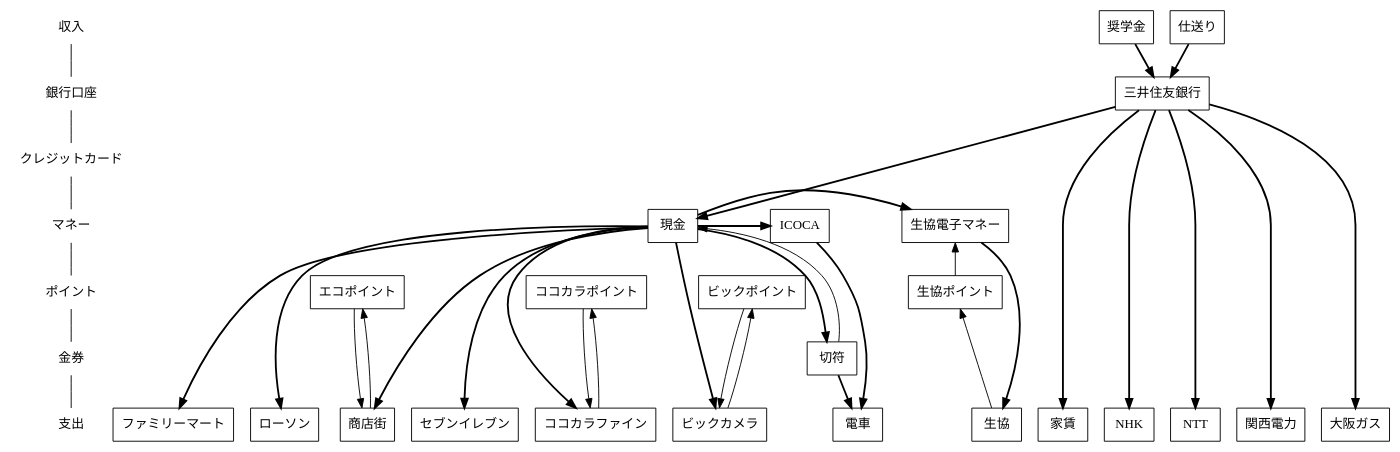
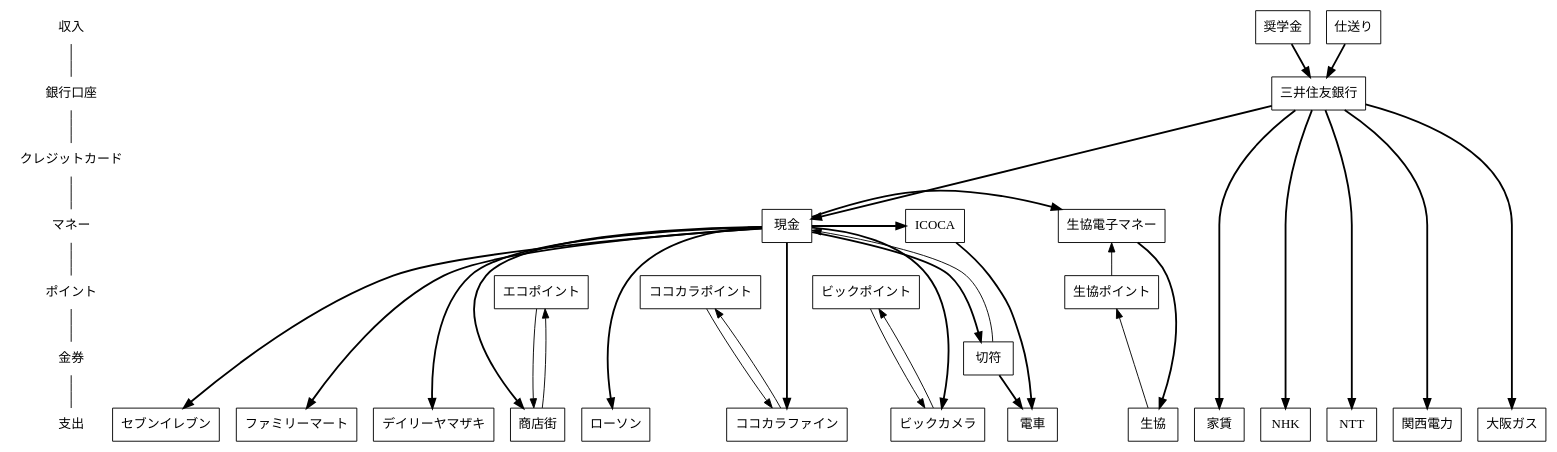
One commit to saireya/moneyflow changed the diagram in flow.dot. Above: the diagram before and after it, drawn with Graphviz.

Commit message:
2011/01: Added DailyYamazaki

```diff
--- a/flow.dot
+++ b/flow.dot
@@ -1,86 +1,88 @@
 // dot -Tsvg flow.dot -o flow.svg
 digraph "MoneyFlow"
 {
 	node [ shape = box ];
 
 	"収入", "銀行口座", "クレジットカード", "マネー", "ポイント", "金券", "支出" [shape = none];
 	"収入" -> "銀行口座" -> "クレジットカード" -> "マネー" -> "ポイント" -> "金券" -> "支出" [arrowhead = none];
 	{
 		rank = same; "収入";
 		奨学金;
 		仕送り;
 	}
 
 	{
 		rank = same; "銀行口座";
 		三井住友銀行;
 	}
 
 	{
 		rank = same; "クレジットカード";
 	}
 
 	{
 		rank = same; "マネー";
 		ICOCA;
 		生協電子マネー;
 		現金;
 	}
 
 	{
 		rank = same; "ポイント";
 		エコポイント;
 		生協ポイント;
 		ココカラポイント;
 		ビックポイント;
 	}
 
 	{
 		rank = same; "金券";
 		切符;
 	}
 
 	{
 		rank = same; "支出";
 		家賃;
 		// コンビニ
 		ローソン;
 		セブンイレブン;
 		ファミリーマート;
+		デイリーヤマザキ;
 		// 交通
 		電車;
 		// インフラ
 		NHK;
 		NTT;
 		関西電力;
 		大阪ガス;
 		// 店舗
 		商店街;
 		生協;
 		ココカラファイン;
 		ビックカメラ;
 	}
 
 	// SMBC
 	奨学金 -> 三井住友銀行 [style="bold", weight=100];
 	仕送り -> 三井住友銀行 [style="bold", weight=100];
 	三井住友銀行 -> 現金, 家賃, 関西電力, 大阪ガス, NHK, NTT [style="bold", weight=100];
 
 	// 現金
 	現金 -> 商店街 [style="bold", weight=100];
 	商店街 -> エコポイント -> 商店街;
 	現金 -> ローソン [style="bold", weight=100];
 	現金 -> セブンイレブン [style="bold", weight=100];
 	現金 -> ファミリーマート [style="bold", weight=100];
+	現金 -> デイリーヤマザキ [style="bold", weight=100];
 	現金 -> 生協電子マネー [style="bold", weight=100];
 	生協電子マネー -> 生協 [style="bold", weight=100];
 	生協 -> 生協ポイント -> 生協電子マネー;
 	現金 -> ココカラファイン [style="bold", weight=100];
 	ココカラファイン -> ココカラポイント -> ココカラファイン;
 	現金 -> ビックカメラ [style="bold", weight=100];
 	ビックカメラ -> ビックポイント -> ビックカメラ;
 
 	現金 -> ICOCA -> 電車 [style="bold", weight=100];
 	現金 -> 切符 -> 電車 [style="bold", weight=100];
 	切符 -> 現金;
 } 
```
